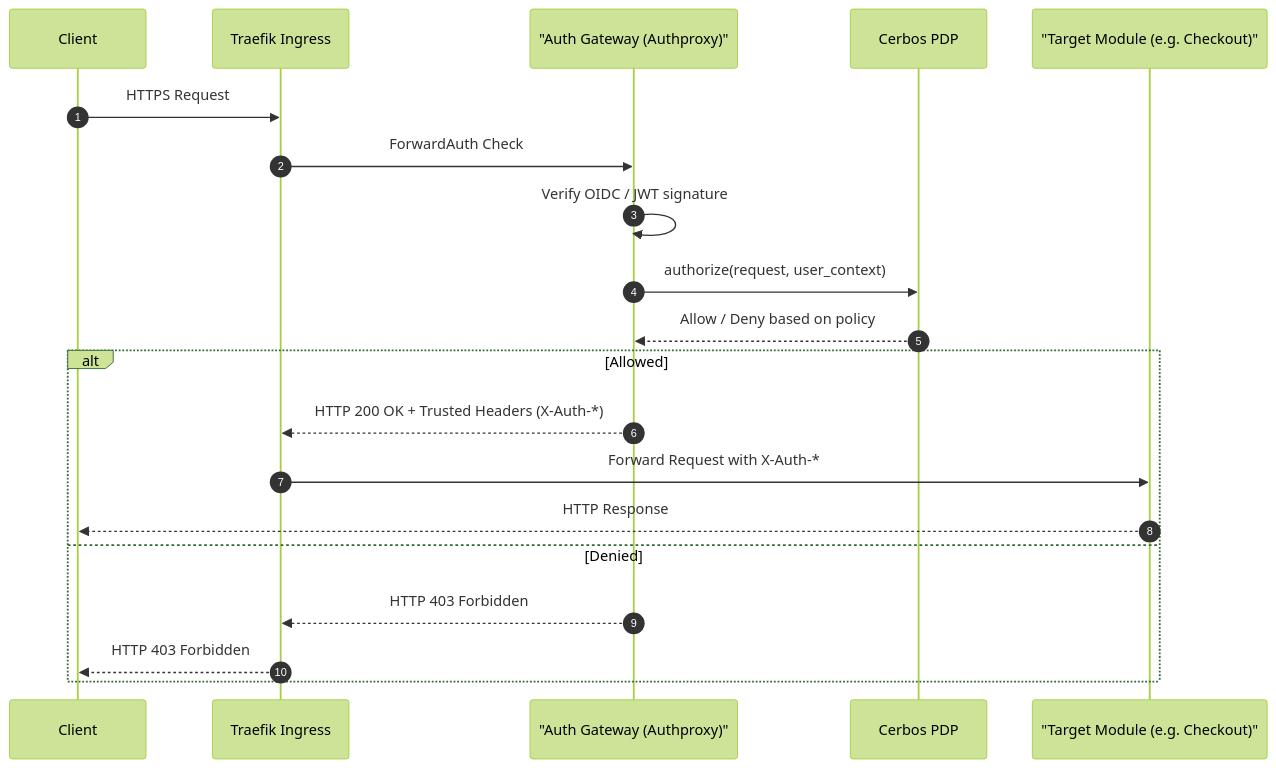
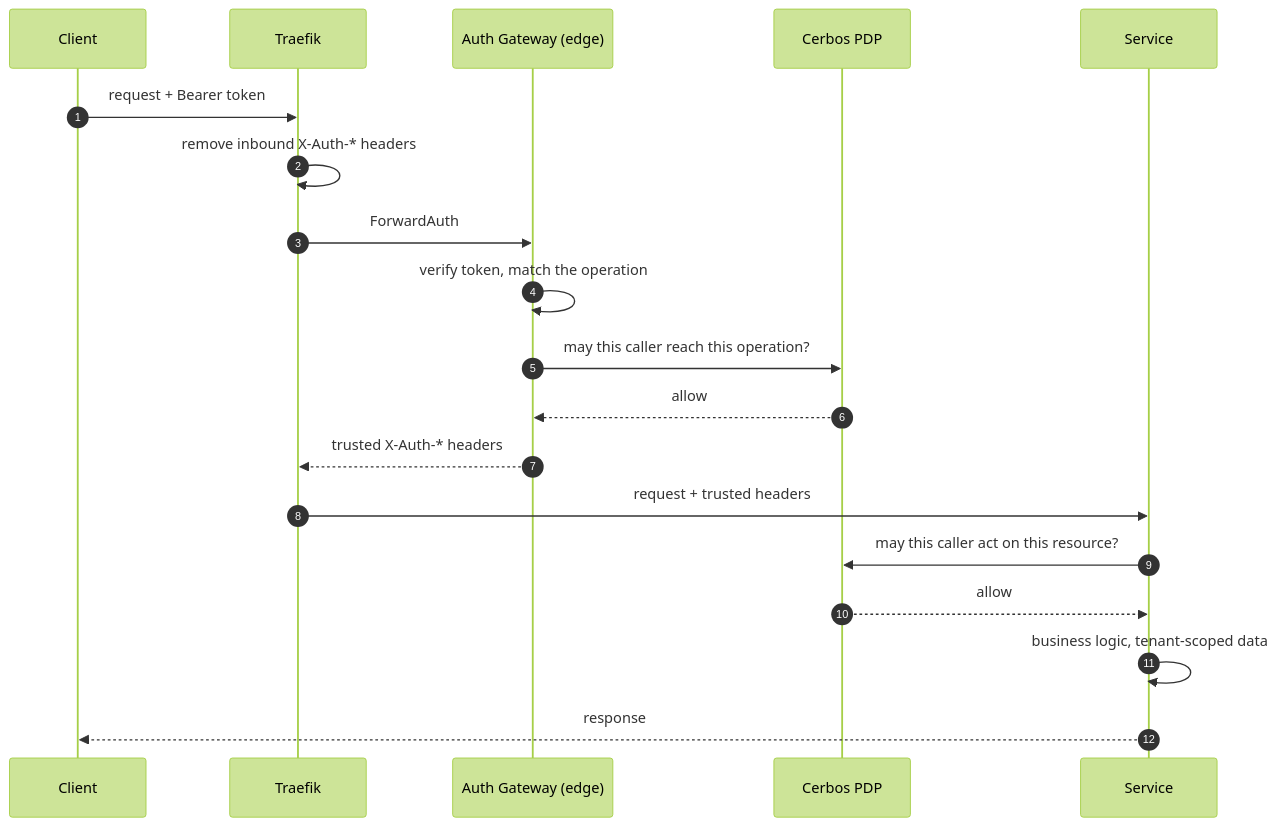
The second of 6 diagrams in introduction/architecture.md (Labs64/labs64.io-docs), drawn with Mermaid (forest theme) before and after one commit. The commit also changed other lines of this file and 27 other files, not shown here.

First line of the commit message:
Make the public docs the primary architecture and module reference

````diff
--- a/introduction/architecture.md
+++ b/introduction/architecture.md
@@ -15,24 +53,22 @@
 ```mermaid
 sequenceDiagram
     autonumber
     participant C as Client
-    participant T as Traefik Ingress
-    participant AP as "Auth Gateway (Authproxy)"
+    participant T as Traefik
+    participant AG as Auth Gateway (edge)
     participant PDP as Cerbos PDP
-    participant M as "Target Module (e.g. Checkout)"
+    participant M as Service
 
-    C->>T: HTTPS Request
-    T->>AP: ForwardAuth Check
-    AP->>AP: Verify OIDC / JWT signature
-    AP->>PDP: authorize(request, user_context)
-    PDP-->>AP: Allow / Deny based on policy
-    
-    alt Allowed
-        AP-->>T: HTTP 200 OK + Trusted Headers (X-Auth-*)
-        T->>M: Forward Request with X-Auth-*
-        M-->>C: HTTP Response
-    else Denied
-        AP-->>T: HTTP 403 Forbidden
-        T-->>C: HTTP 403 Forbidden
-    end
+    C->>T: request + Bearer token
+    T->>T: remove inbound X-Auth-* headers
+    T->>AG: ForwardAuth
+    AG->>AG: verify token, match the operation
+    AG->>PDP: may this caller reach this operation?
+    PDP-->>AG: allow
+    AG-->>T: trusted X-Auth-* headers
+    T->>M: request + trusted headers
+    M->>PDP: may this caller act on this resource?
+    PDP-->>M: allow
+    M->>M: business logic, tenant-scoped data
+    M-->>C: response
 ```
````
